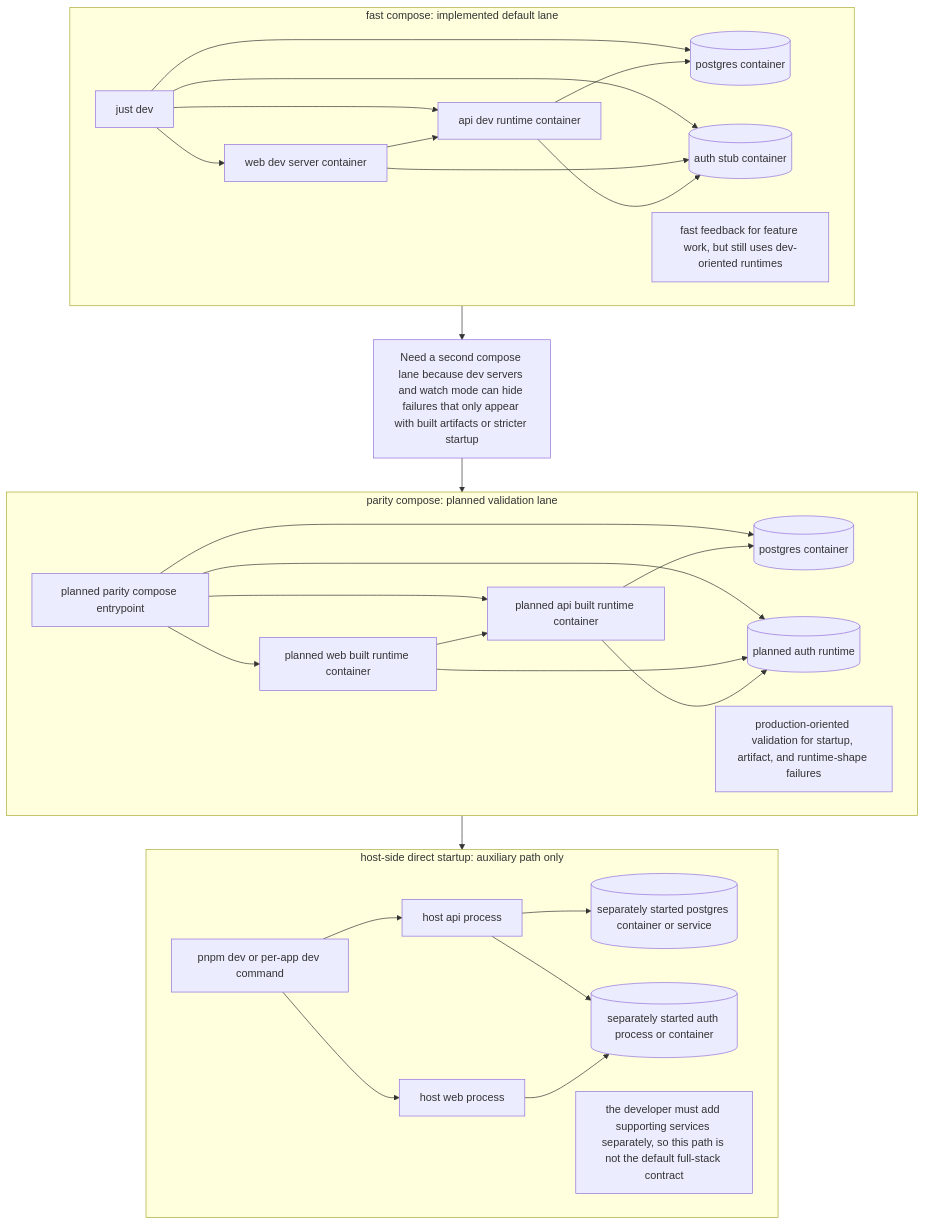
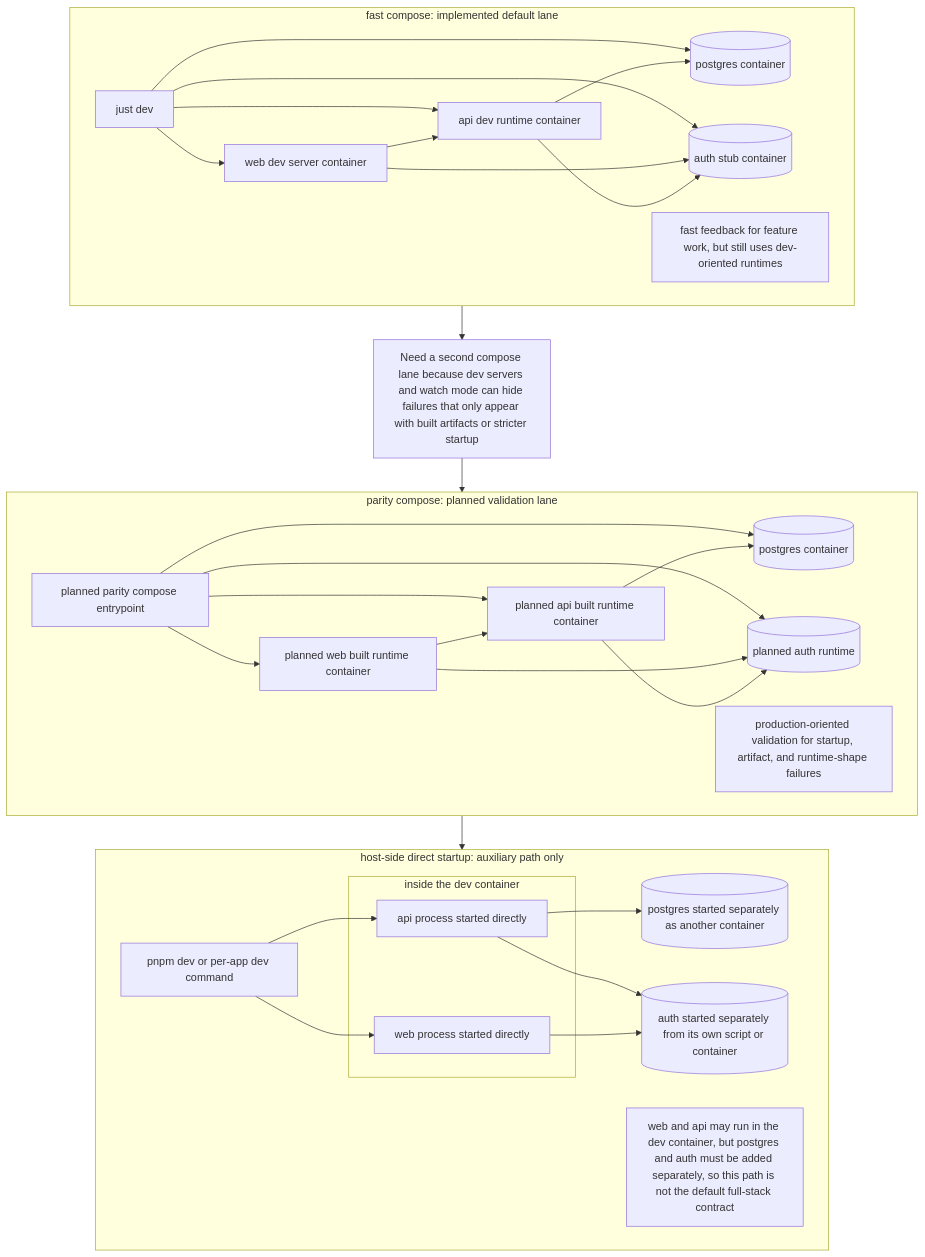
Before and after one commit to focusbuddy-dev/focusbuddy: the diagram in docs/platform/local-execution-modes.md, drawn with Mermaid. The commit also changed other lines of this file, not shown here.

Commit message:
docs: clarify host-side auxiliary topology refs #111

````diff
--- a/docs/platform/local-execution-modes.md
+++ b/docs/platform/local-execution-modes.md
@@ -65,58 +65,60 @@
 ```mermaid
 flowchart TB
     subgraph FC[fast compose: implemented default lane]
         FC_ENTRY[just dev]
         FC_WEB[web dev server container]
         FC_API[api dev runtime container]
         FC_DB[(postgres container)]
         FC_AUTH[(auth stub container)]
         FC_ENTRY --> FC_WEB
         FC_ENTRY --> FC_API
         FC_ENTRY --> FC_DB
         FC_ENTRY --> FC_AUTH
         FC_WEB --> FC_API
         FC_API --> FC_DB
         FC_WEB --> FC_AUTH
         FC_API --> FC_AUTH
         FC_NOTE[fast feedback for feature work, but still uses dev-oriented runtimes]
     end
 
     FC --> GAP
 
     GAP[Need a second compose lane because dev servers and watch mode can hide failures that only appear with built artifacts or stricter startup]
 
     GAP --> PC
 
     subgraph PC[parity compose: planned validation lane]
         PC_ENTRY[planned parity compose entrypoint]
         PC_WEB[planned web built runtime container]
         PC_API[planned api built runtime container]
         PC_DB[(postgres container)]
         PC_AUTH[(planned auth runtime)]
         PC_ENTRY --> PC_WEB
         PC_ENTRY --> PC_API
         PC_ENTRY --> PC_DB
         PC_ENTRY --> PC_AUTH
         PC_WEB --> PC_API
         PC_API --> PC_DB
         PC_WEB --> PC_AUTH
         PC_API --> PC_AUTH
         PC_NOTE[production-oriented validation for startup, artifact, and runtime-shape failures]
     end
 
     PC --> HS
 
     subgraph HS[host-side direct startup: auxiliary path only]
         HS_ENTRY[pnpm dev or per-app dev command]
-        HS_WEB[host web process]
-        HS_API[host api process]
-        HS_DB[(separately started postgres container or service)]
-        HS_AUTH[(separately started auth process or container)]
+        subgraph HS_DEV[inside the dev container]
+            HS_WEB[web process started directly]
+            HS_API[api process started directly]
+        end
+        HS_DB[(postgres started separately as another container)]
+        HS_AUTH[(auth started separately from its own script or container)]
         HS_ENTRY --> HS_WEB
         HS_ENTRY --> HS_API
         HS_API --> HS_DB
         HS_WEB --> HS_AUTH
         HS_API --> HS_AUTH
-        HS_NOTE[the developer must add supporting services separately, so this path is not the default full-stack contract]
+        HS_NOTE[web and api may run in the dev container, but postgres and auth must be added separately, so this path is not the default full-stack contract]
     end
 ```
````
